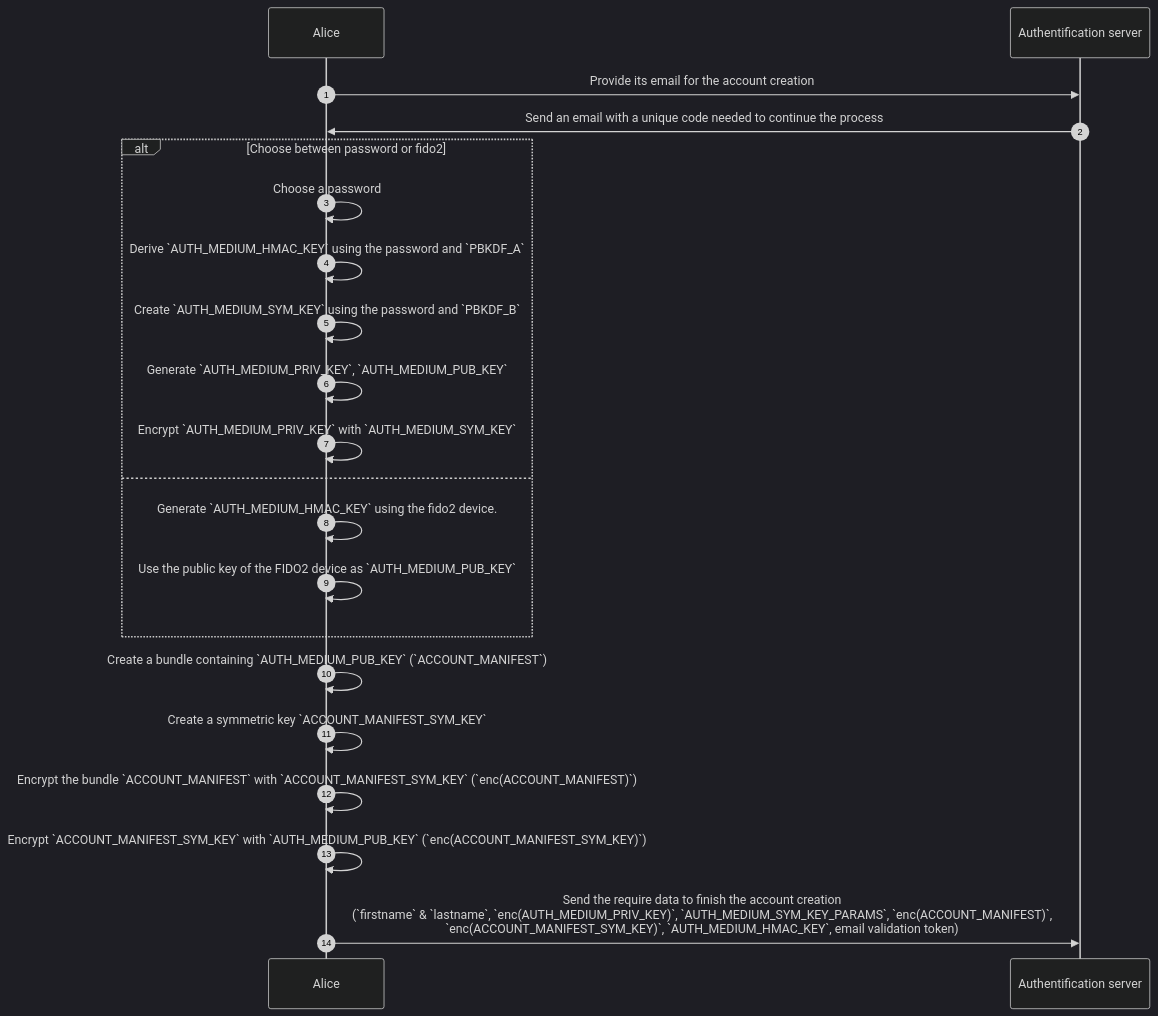
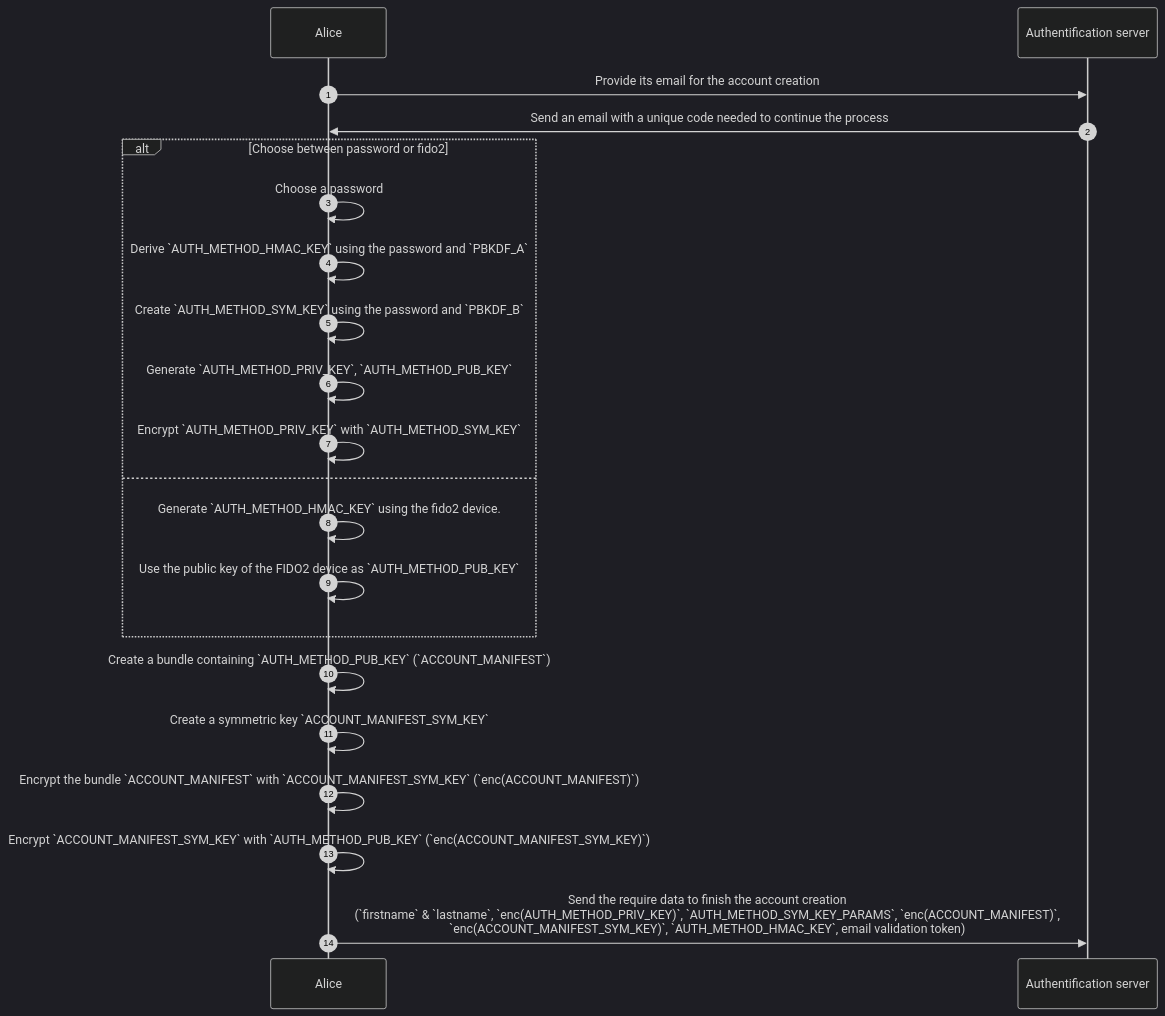
Before and after one commit to Scille/parsec-cloud: the second of 8 diagrams in docs/rfcs/1012-parsec-auth.md, drawn with Mermaid (dark theme). The commit also changed other lines of this file, not shown here.

Commit message:
fixup! feat(rfc): Add RFC Parsec auth

````diff
--- a/docs/rfcs/1012-parsec-auth.md
+++ b/docs/rfcs/1012-parsec-auth.md
@@ -104,25 +104,25 @@
 ```mermaid
 sequenceDiagram
   autonumber
   participant Alice
   participant S as Authentification server
 
   Alice ->> S: Provide its email for the account creation
   S ->> Alice: Send an email with a unique code needed to continue the process
   alt Choose between password or fido2
     Alice ->> Alice: Choose a password
-    Alice ->> Alice: Derive `AUTH_MEDIUM_HMAC_KEY` using the password and `PBKDF_A`
-    Alice ->> Alice: Create `AUTH_MEDIUM_SYM_KEY` using the password and `PBKDF_B`
-    Alice ->> Alice: Generate `AUTH_MEDIUM_PRIV_KEY`, `AUTH_MEDIUM_PUB_KEY`
-    Alice ->> Alice: Encrypt `AUTH_MEDIUM_PRIV_KEY` with `AUTH_MEDIUM_SYM_KEY`
+    Alice ->> Alice: Derive `AUTH_METHOD_HMAC_KEY` using the password and `PBKDF_A`
+    Alice ->> Alice: Create `AUTH_METHOD_SYM_KEY` using the password and `PBKDF_B`
+    Alice ->> Alice: Generate `AUTH_METHOD_PRIV_KEY`, `AUTH_METHOD_PUB_KEY`
+    Alice ->> Alice: Encrypt `AUTH_METHOD_PRIV_KEY` with `AUTH_METHOD_SYM_KEY`
   else
-    Alice ->> Alice: Generate `AUTH_MEDIUM_HMAC_KEY` using the fido2 device.
-    Alice ->> Alice: Use the public key of the FIDO2 device as `AUTH_MEDIUM_PUB_KEY`
+    Alice ->> Alice: Generate `AUTH_METHOD_HMAC_KEY` using the fido2 device.
+    Alice ->> Alice: Use the public key of the FIDO2 device as `AUTH_METHOD_PUB_KEY`
   end
 
-  Alice ->> Alice: Create a bundle containing `AUTH_MEDIUM_PUB_KEY` (`ACCOUNT_MANIFEST`)
+  Alice ->> Alice: Create a bundle containing `AUTH_METHOD_PUB_KEY` (`ACCOUNT_MANIFEST`)
   Alice ->> Alice: Create a symmetric key `ACCOUNT_MANIFEST_SYM_KEY`
   Alice ->> Alice: Encrypt the bundle `ACCOUNT_MANIFEST` with `ACCOUNT_MANIFEST_SYM_KEY` (`enc(ACCOUNT_MANIFEST)`)
-  Alice ->> Alice: Encrypt `ACCOUNT_MANIFEST_SYM_KEY` with `AUTH_MEDIUM_PUB_KEY` (`enc(ACCOUNT_MANIFEST_SYM_KEY)`)
-  Alice ->> S: Send the require data to finish the account creation<br>(`firstname` & `lastname`, `enc(AUTH_MEDIUM_PRIV_KEY)`, `AUTH_MEDIUM_SYM_KEY_PARAMS`, `enc(ACCOUNT_MANIFEST)`,<br>`enc(ACCOUNT_MANIFEST_SYM_KEY)`, `AUTH_MEDIUM_HMAC_KEY`, email validation token)
+  Alice ->> Alice: Encrypt `ACCOUNT_MANIFEST_SYM_KEY` with `AUTH_METHOD_PUB_KEY` (`enc(ACCOUNT_MANIFEST_SYM_KEY)`)
+  Alice ->> S: Send the require data to finish the account creation<br>(`firstname` & `lastname`, `enc(AUTH_METHOD_PRIV_KEY)`, `AUTH_METHOD_SYM_KEY_PARAMS`, `enc(ACCOUNT_MANIFEST)`,<br>`enc(ACCOUNT_MANIFEST_SYM_KEY)`, `AUTH_METHOD_HMAC_KEY`, email validation token)
 ```
````
